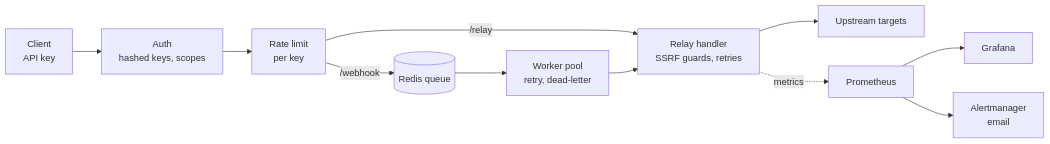
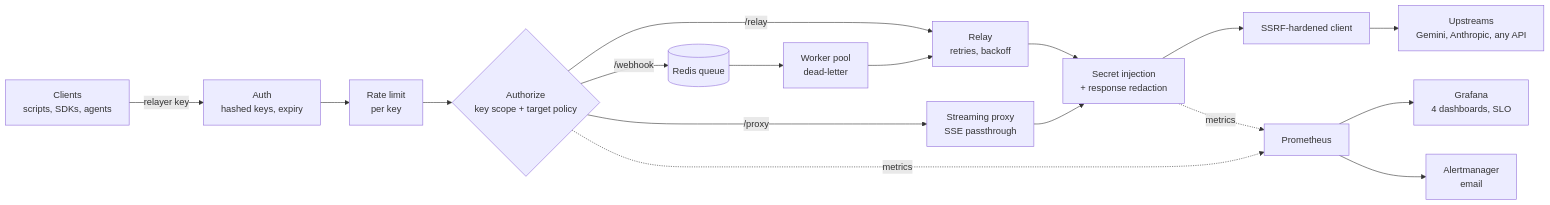
Before and after one commit to ricardo1slas/credential-relayer: the diagram in README.md, drawn with Mermaid. The commit also changed other lines of this file and 1 other file, not shown here.

````diff
--- a/README.md
+++ b/README.md
@@ -16,13 +22,16 @@
 ```mermaid
 flowchart LR
-  C[Client<br/>API key] --> A[Auth<br/>hashed keys, scopes]
-  A --> R[Rate limit<br/>per key]
-  R -->|/relay| H[Relay handler<br/>SSRF guards, retries]
-  R -->|/webhook| Q[(Redis queue)]
-  Q --> W[Worker pool<br/>retry, dead-letter]
-  W --> H
-  H --> T[Upstream targets]
-  H -.metrics.-> P[Prometheus]
-  P --> G[Grafana]
+  C[Clients<br/>scripts, SDKs, agents] -->|relayer key| A[Auth<br/>hashed keys, expiry]
+  A --> RL[Rate limit<br/>per key]
+  RL --> G{Authorize<br/>key scope + target policy}
+  G -->|/relay| R[Relay<br/>retries, backoff]
+  G -->|/webhook| Q[(Redis queue)] --> W[Worker pool<br/>dead-letter] --> R
+  G -->|/proxy| S[Streaming proxy<br/>SSE passthrough]
+  R --> I[Secret injection<br/>+ response redaction]
+  S --> I
+  I --> H[SSRF-hardened client] --> U[Upstreams<br/>Gemini, Anthropic, any API]
+  G -.metrics.-> P[Prometheus]
+  I -.metrics.-> P
+  P --> GF[Grafana<br/>4 dashboards, SLO]
   P --> AM[Alertmanager<br/>email]
 ```
````
